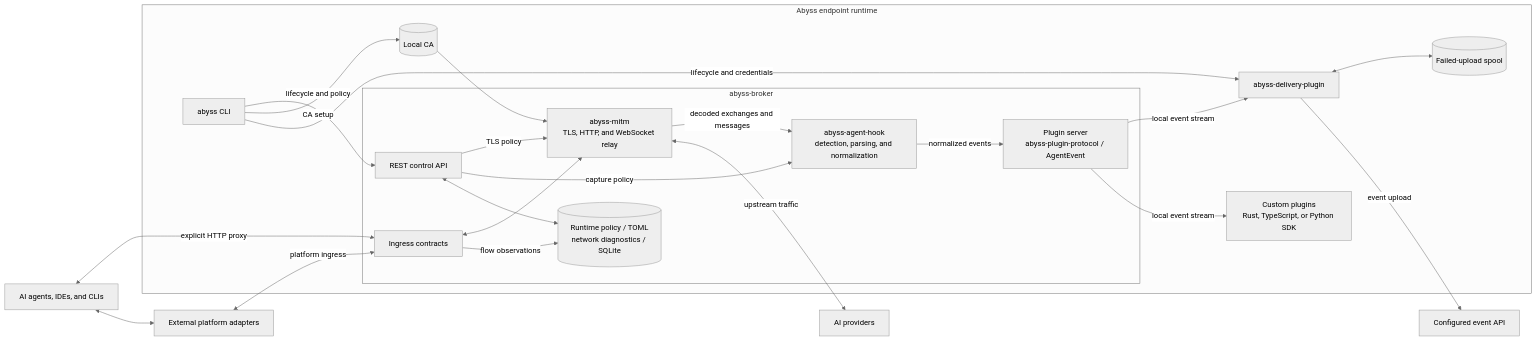
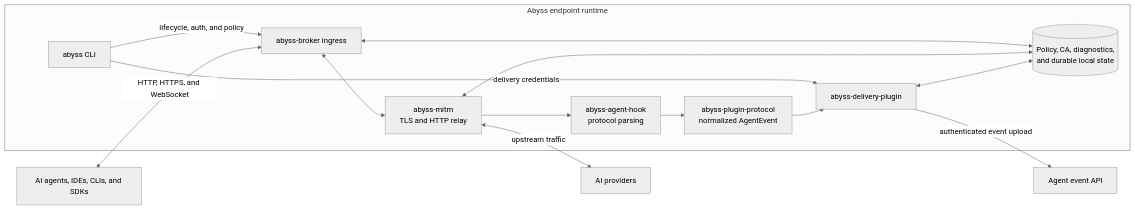
The diagram in README.md (lexmount/abyss-rs), drawn with Mermaid (neutral theme) before and after one commit.

Commit message:
docs: restore main architecture diagram
Restore the README architecture diagram to match origin/main, including its original nodes, connections, and styling.

````diff
--- a/README.md
+++ b/README.md
@@ -84,53 +84,30 @@
 ```mermaid
----
-config:
-  layout: dagre
-  flowchart:
-    curve: basis
----
 flowchart LR
-    Agent[AI agents, IDEs, and CLIs]
-    Adapter[External platform adapters]
+    Agent[AI agents, IDEs, CLIs, and SDKs]
     Provider[AI providers]
-    EventAPI[Configured event API]
+    EventAPI[Agent event API]
 
     subgraph Endpoint[Abyss endpoint runtime]
         CLI[abyss CLI]
+        Ingress[abyss-broker ingress]
+        MITM[abyss-mitm<br/>TLS and HTTP relay]
+        Hook[abyss-agent-hook<br/>protocol parsing]
+        Protocol[abyss-plugin-protocol<br/>normalized AgentEvent]
+        Delivery[abyss-delivery-plugin]
+        State[(Policy, CA, diagnostics,<br/>and durable local state)]
 
-        subgraph Broker[abyss-broker]
-            Ingress[Ingress contracts]
-            Control[REST control API]
-            MITM[abyss-mitm<br/>TLS, HTTP, and WebSocket relay]
-            Hook[abyss-agent-hook<br/>detection, parsing, and normalization]
-            Events[Plugin server<br/>abyss-plugin-protocol / AgentEvent]
-            State[(Runtime policy / TOML<br/>network diagnostics / SQLite)]
-
-            Ingress <--> MITM
-            MITM -->|decoded exchanges and messages| Hook
-            Hook -->|normalized events| Events
-            Control -->|TLS policy| MITM
-            Control -->|capture policy| Hook
-            Control <--> State
-            Ingress -->|flow observations| State
-        end
-
-        CA[(Local CA)]
-        Delivery[abyss-delivery-plugin]
-        Custom[Custom plugins<br/>Rust, TypeScript, or Python SDK]
-        Spool[(Failed-upload spool)]
-
-        CLI -->|lifecycle and policy| Control
-        CLI -->|CA setup| CA
-        CA --> MITM
-        CLI -->|lifecycle and credentials| Delivery
-        Events -->|local event stream| Delivery
-        Events -->|local event stream| Custom
-        Delivery <--> Spool
+        CLI -->|lifecycle, auth, and policy| Ingress
+        CLI -->|delivery credentials| Delivery
+        Ingress <--> MITM
+        MITM --> Hook
+        Hook --> Protocol
+        Protocol --> Delivery
+        Ingress <--> State
+        MITM <--> State
+        Delivery <--> State
     end
 
-    Agent <-->|explicit HTTP proxy| Ingress
-    Agent <--> Adapter
-    Adapter <-->|platform ingress| Ingress
+    Agent <-->|HTTP, HTTPS, and WebSocket| Ingress
     MITM <-->|upstream traffic| Provider
-    Delivery -->|event upload| EventAPI
+    Delivery -->|authenticated event upload| EventAPI
 ```
````
